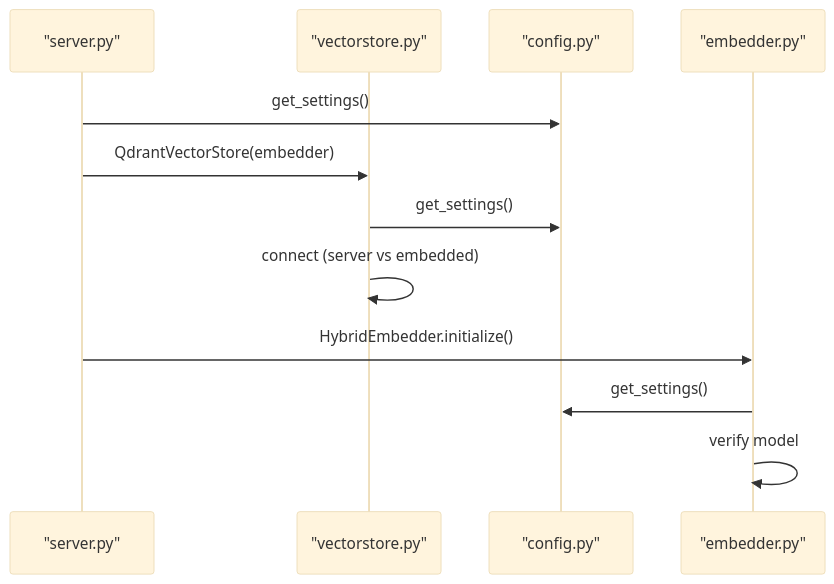
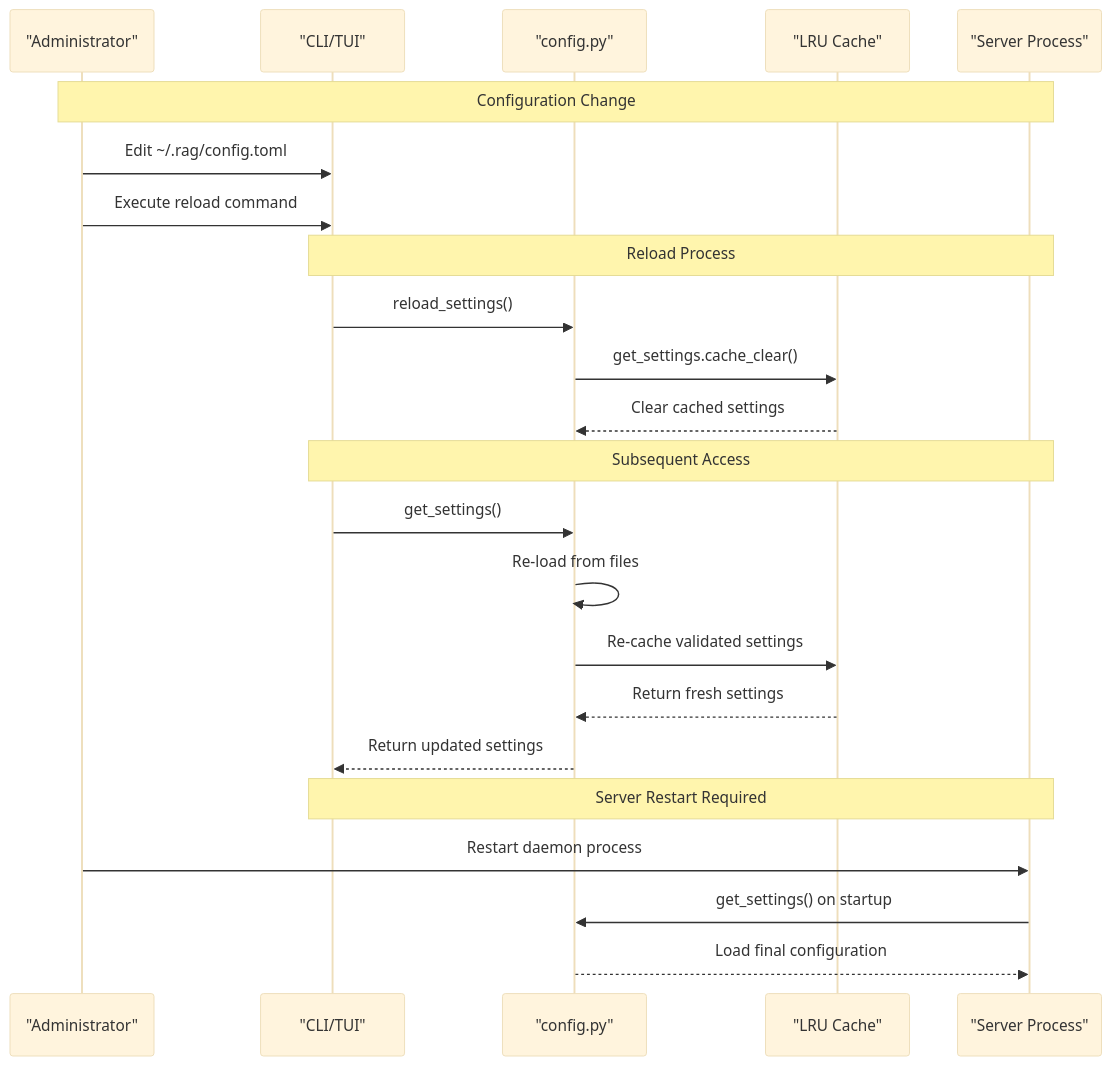
The fifth of 6 diagrams in docs/wiki/Configuration Management.md (NcitDev/ragsystem), drawn with Mermaid (base theme) before and after one commit. The commit also changed other lines of this file and 27 other files, not shown here.

````diff
--- a/docs/wiki/Configuration Management.md
+++ b/docs/wiki/Configuration Management.md
@@ -251,14 +340,25 @@
 ```mermaid
 sequenceDiagram
-participant Server as "server.py"
-participant VS as "vectorstore.py"
-participant CFG as "config.py"
-participant EMB as "embedder.py"
-Server->>CFG : get_settings()
-Server->>VS : QdrantVectorStore(embedder)
-VS->>CFG : get_settings()
-VS->>VS : connect (server vs embedded)
-Server->>EMB : HybridEmbedder.initialize()
-EMB->>CFG : get_settings()
-EMB->>EMB : verify model
+participant Admin as "Administrator"
+participant CLI as "CLI/TUI"
+participant Config as "config.py"
+participant Cache as "LRU Cache"
+participant Server as "Server Process"
+Note over Admin,Server : Configuration Change
+Admin->>CLI : Edit ~/.rag/config.toml
+Admin->>CLI : Execute reload command
+Note over CLI,Server : Reload Process
+CLI->>Config : reload_settings()
+Config->>Cache : get_settings.cache_clear()
+Cache-->>Config : Clear cached settings
+Note over CLI,Server : Subsequent Access
+CLI->>Config : get_settings()
+Config->>Config : Re-load from files
+Config->>Cache : Re-cache validated settings
+Cache-->>Config : Return fresh settings
+Config-->>CLI : Return updated settings
+Note over CLI,Server : Server Restart Required
+Admin->>Server : Restart daemon process
+Server->>Config : get_settings() on startup
+Config-->>Server : Load final configuration
 ```
````
